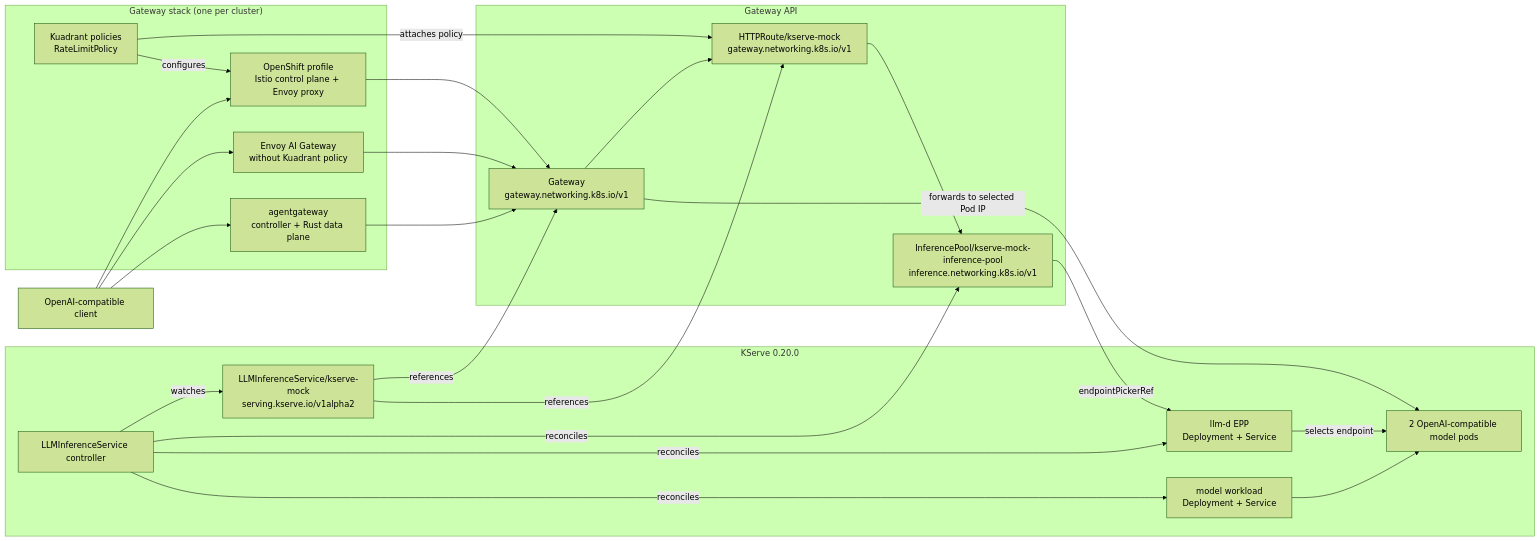
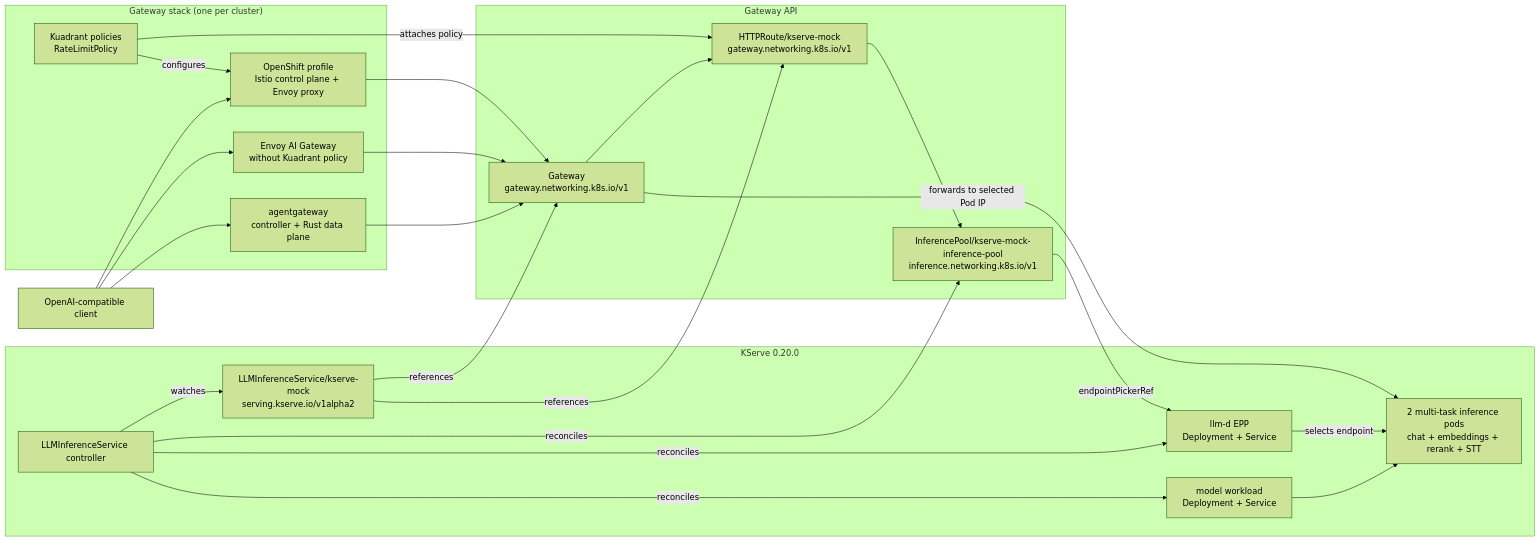
Before and after one commit to nolimitkun/ai-gateway: the diagram in README.md, drawn with Mermaid (forest theme). The commit also changed other lines of this file and 9 other files, not shown here.

Commit message:
Add multi-task inference mocks (#2)

````diff
--- a/README.md
+++ b/README.md
@@ -148,47 +180,47 @@
 ```mermaid
 flowchart LR
   CLIENT["OpenAI-compatible client"]
 
   subgraph Gateways["Gateway stack (one per cluster)"]
     KU["Kuadrant policies<br/>RateLimitPolicy"]
     KUOS["OpenShift profile<br/>Istio control plane + Envoy proxy"]
     EAIG["Envoy AI Gateway<br/>without Kuadrant policy"]
     AG["agentgateway<br/>controller + Rust data plane"]
   end
 
   subgraph GatewayAPI["Gateway API"]
     GW["Gateway<br/>gateway.networking.k8s.io/v1"]
     ROUTE["HTTPRoute/kserve-mock<br/>gateway.networking.k8s.io/v1"]
     POOL["InferencePool/kserve-mock-inference-pool<br/>inference.networking.k8s.io/v1"]
   end
 
   subgraph KServe["KServe 0.20.0"]
     CTRL["LLMInferenceService controller"]
     LLMISVC["LLMInferenceService/kserve-mock<br/>serving.kserve.io/v1alpha2"]
     EPP["llm-d EPP<br/>Deployment + Service"]
     WORKLOAD["model workload<br/>Deployment + Service"]
-    PODS["2 OpenAI-compatible model pods"]
+    PODS["2 multi-task inference pods<br/>chat + embeddings + rerank + STT"]
   end
 
   KU -->|attaches policy| ROUTE
   KU -->|configures| KUOS
   CLIENT --> KUOS
   CLIENT --> EAIG
   CLIENT --> AG
   KUOS --> GW
   EAIG --> GW
   AG --> GW
   GW --> ROUTE
   ROUTE --> POOL
   POOL -->|endpointPickerRef| EPP
   EPP -->|selects endpoint| PODS
   GW -->|forwards to selected Pod IP| PODS
 
   CTRL -->|watches| LLMISVC
   LLMISVC -->|references| GW
   LLMISVC -->|references| ROUTE
   CTRL -->|reconciles| POOL
   CTRL -->|reconciles| EPP
   CTRL -->|reconciles| WORKLOAD
   WORKLOAD --> PODS
 ```
````
